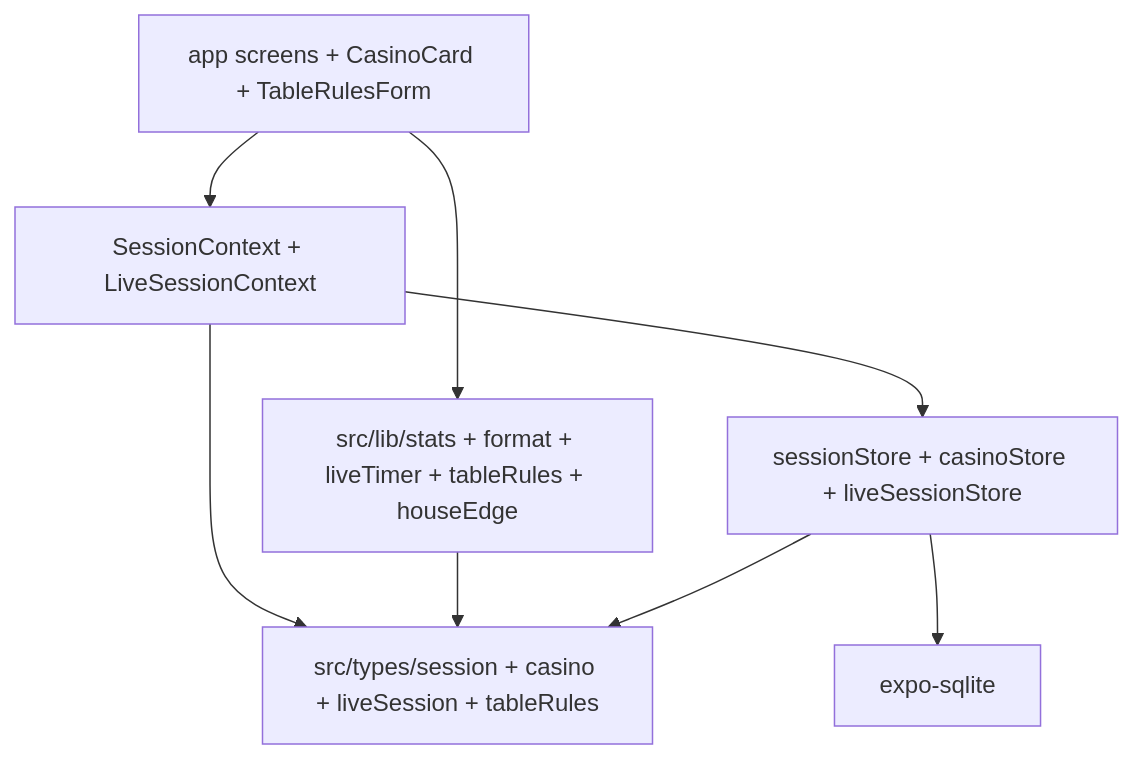
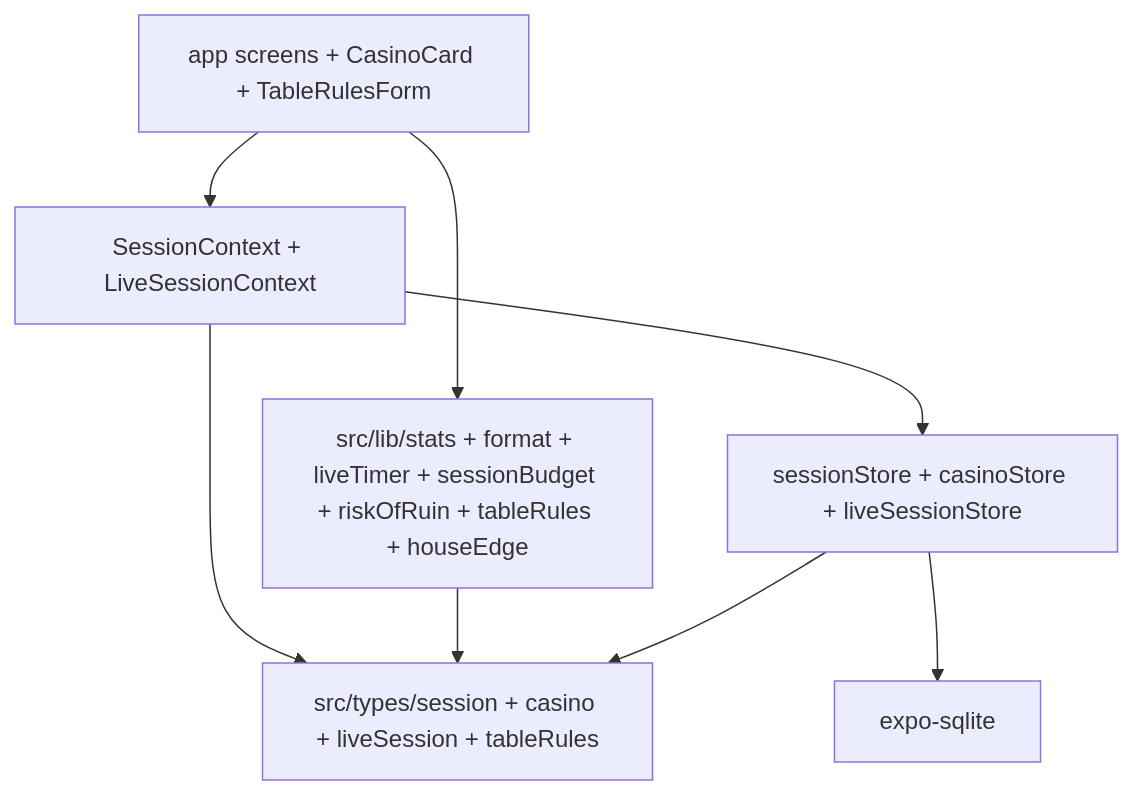
The eighth of 8 diagrams in docs/flow.md (Trevor5008/StackTrack), drawn with Mermaid before and after one commit. The commit also changed other lines of this file and 18 other files, not shown here.

Commit message:
feat: budget-stake flow, basic-strategy RoR, release ^1.1.0 Session budget and table stakes drive P/L Risk tolerance + betting unit components for approximating RoR w/ viable/not-viable cues (schema v5-v6)

````diff
--- a/docs/flow.md
+++ b/docs/flow.md
@@ -167,17 +184,17 @@
 ```mermaid
 flowchart TB
   UI["app screens + CasinoCard + TableRulesForm"]
   Ctx[SessionContext + LiveSessionContext]
-  Lib[src/lib/stats + format + liveTimer + tableRules + houseEdge]
+  Lib[src/lib/stats + format + liveTimer + sessionBudget + riskOfRuin + tableRules + houseEdge]
   Types[src/types/session + casino + liveSession + tableRules]
   Persist[sessionStore + casinoStore + liveSessionStore]
   Device[expo-sqlite]
 
   UI --> Ctx
   UI --> Lib
   Ctx --> Persist
   Ctx --> Types
   Lib --> Types
   Persist --> Types
   Persist --> Device
 ```
````
